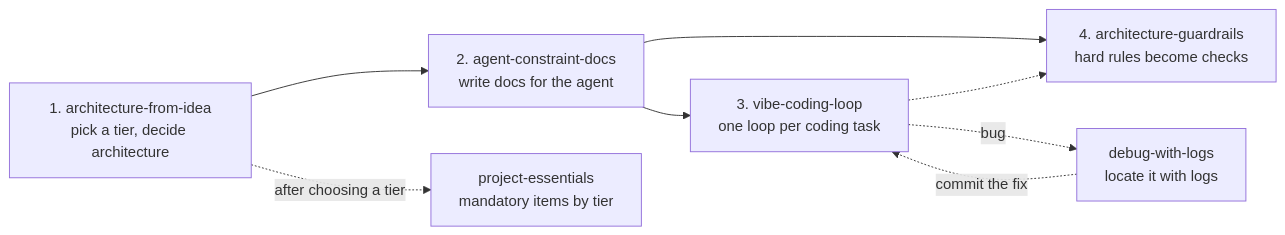
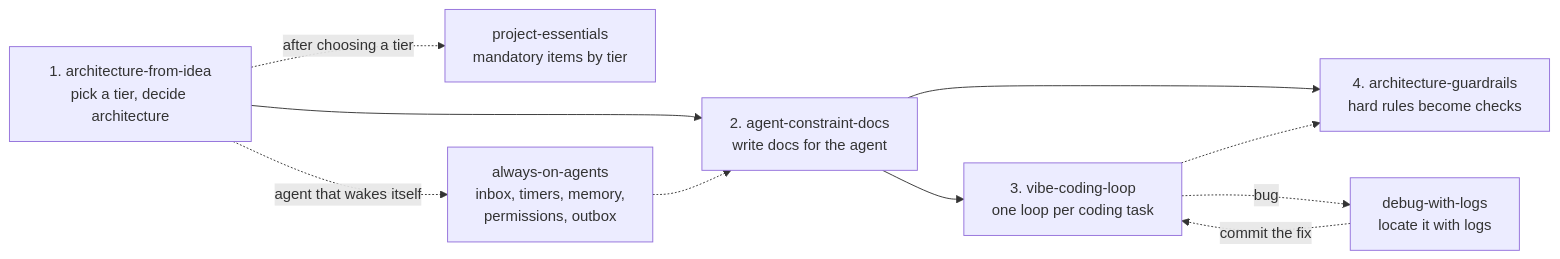
The diagram in README.md (wisdom-km/agent-skills), drawn with Mermaid before and after one commit. The commit also changed other lines of this file and 13 other files, not shown here.

Commit message:
feat(skills): add always-on-agents skill (inbox, timers, memory, permissions, outbox)

````diff
--- a/README.md
+++ b/README.md
@@ -39,10 +41,12 @@
 ```mermaid
 flowchart LR
   A["1. architecture-from-idea<br/>pick a tier, decide architecture"] --> B["2. agent-constraint-docs<br/>write docs for the agent"]
   B --> C["3. vibe-coding-loop<br/>one loop per coding task"]
   B --> D["4. architecture-guardrails<br/>hard rules become checks"]
   C -.-> D
   C -. bug .-> E["debug-with-logs<br/>locate it with logs"]
   E -. commit the fix .-> C
   A -. after choosing a tier .-> F["project-essentials<br/>mandatory items by tier"]
+  A -. agent that wakes itself .-> G["always-on-agents<br/>inbox, timers, memory,<br/>permissions, outbox"]
+  G -.-> B
 ```
````
